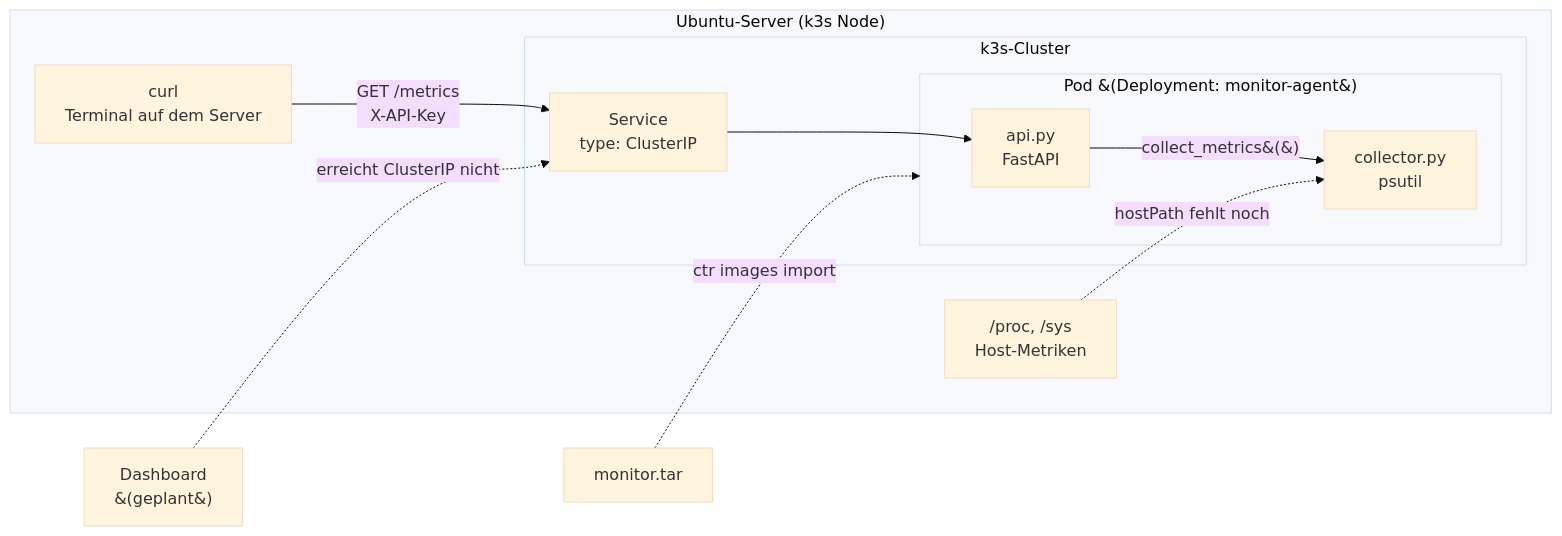
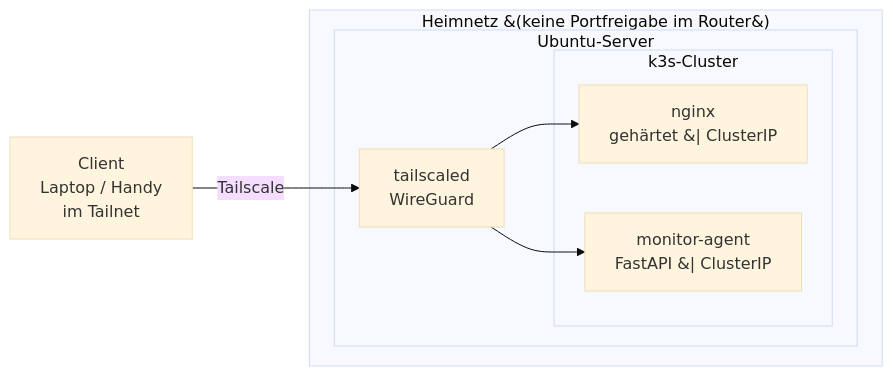
One commit to headnutAi/secure-homelab changed the diagram in README.md. Above: the diagram before and after it, drawn with Mermaid (base theme).

Commit message:
Revise architecture diagram in README
Updated the architecture diagram in the README to reflect changes in the k3s cluster setup and service connections.

````diff
--- a/README.md
+++ b/README.md
@@ -30,25 +30,20 @@
 ```mermaid
 flowchart LR
-    subgraph host["Ubuntu-Server (k3s Node)"]
-        proc["/proc, /sys<br/>Host-Metriken"]
-        curl["curl<br/>Terminal auf dem Server"]
+    client["Client<br/>Laptop / Handy<br/>im Tailnet"]
 
-        subgraph k3s["k3s-Cluster"]
-            svc["Service<br/>type: ClusterIP"]
+    subgraph home["Heimnetz &#40;keine Portfreigabe im Router&#41;"]
+        subgraph host["Ubuntu-Server"]
+            ts["tailscaled<br/>WireGuard"]
 
-            subgraph pod["Pod &#40;Deployment: monitor-agent&#41;"]
-                api["api.py<br/>FastAPI"]
-                col["collector.py<br/>psutil"]
-                api -->|"collect_metrics&#40;&#41;"| col
+            subgraph k3s["k3s-Cluster"]
+                nginx["nginx<br/>gehärtet &#124; ClusterIP"]
+                mon["monitor-agent<br/>FastAPI &#124; ClusterIP"]
             end
 
-            svc --> api
+            ts --> nginx
+            ts --> mon
         end
-
-        proc -. "hostPath fehlt noch" .-> col
-        curl -->|"GET /metrics<br/>X-API-Key"| svc
     end
 
-    tar["monitor.tar"] -.->|"ctr images import"| pod
-    dash["Dashboard<br/>&#40;geplant&#41;"] -.->|"erreicht ClusterIP nicht"| svc
+    client -->|"Tailscale"| ts
 ```
````
